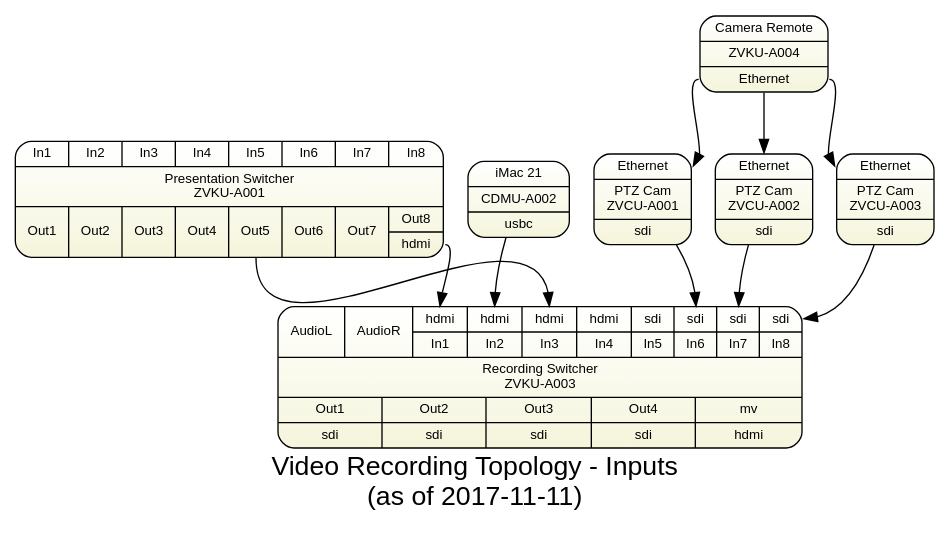
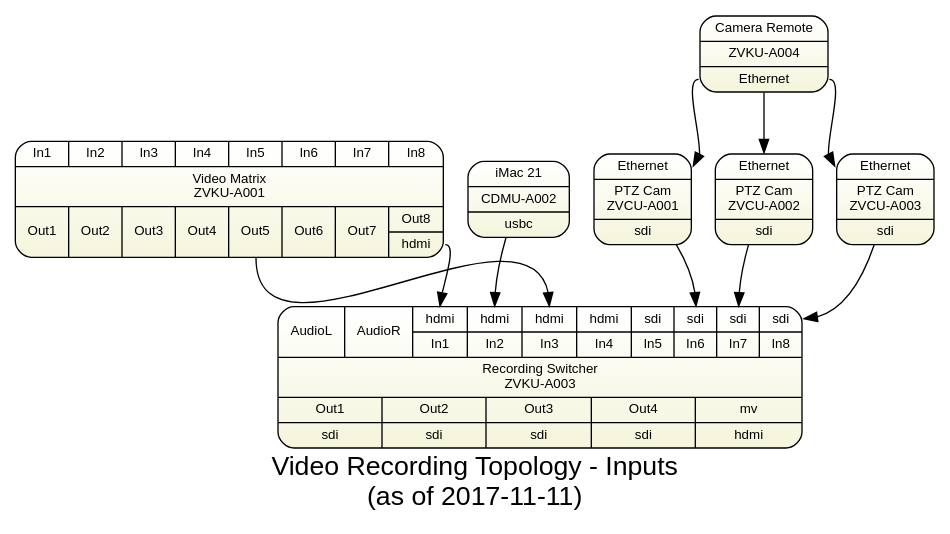
One commit to avmaint/uactechdoc changed the diagram in sdv-topology5-rec-inputs.gv. Above: the diagram before and after it, drawn with Graphviz. The commit also changed 6 other files, not shown here.

Commit message:
global wording change from presentation swithcher to video matrix

```diff
--- a/sdv-topology5-rec-inputs.gv
+++ b/sdv-topology5-rec-inputs.gv
@@ -1,57 +1,57 @@
 digraph recording { 
   
 graph [overlap = true, fontsize = 20, 
       label="Video Recording Topology - Inputs\n(as of 2017-11-11)",
       fontname = Helvetica, bgcolor=white
       ]
  
 node [shape = Mrecord style=filled , fillcolor="white:beige"  , fontsize = 10,
       gradientangle=270 fontname = Helvetica ]
       
 camera1 [label="{<ether>Ethernet|PTZ Cam\nZVCU-A001|sdi}" tooltip="Sony SRG360SHE"]
 camera2 [label="{<ether>Ethernet|PTZ Cam\nZVCU-A002|sdi}" tooltip="Sony SRG360SHE"]
 camera3 [label="{<ether>Ethernet|PTZ Cam\nZVCU-A003|sdi}" tooltip="Sony SRG360SHE"]
 
 cdmua002 [label="{{{iMac 21|CDMU-A002}}|{<usbc1>usbc}}"]
 
 cdmua002 -> rswitch:i2 
  
 rswitch [
   tooltip="BMD ATEM Television Studio Pro HD"
 
   label="{
     {{<al>AudioL}|{<ar>AudioR}|
       {<i1>hdmi|In1}|{<i2>hdmi|In2}|{<i3>hdmi|In3}|{<i4>hdmi|In4}
       |{<i5>sdi|In5}|{<i6>sdi|In6}|{<i7>sdi|In7}|{<i8>sdi|In8}}
       |Recording Switcher\nZVKU-A003|
       {{Out1|<o1>sdi}|{Out2|<o2>sdi}|{Out3|<o3>sdi}|{Out4|<o4>sdi}|{mv|<mv>hdmi}}
     }"
 ]
 
 pswitch [
   tooltip="Kramer VS-88DT"
   label="{
   {
     <i1>In1|<i2>In2|<i3>In3|<i4>In4|<i5>In5| <i6> In6 |<i7>In7|{<i8>In8}}
-  |Presentation Switcher\nZVKU-A001|
+  |Video Matrix\nZVKU-A001|
   {<o1>Out1|<o2>Out2|<o3>Out3|<o4>Out4|<o5>Out5|<o6>Out6 |<o7>Out7|{Out8|<o8>hdmi}} }"]
    
 rmip10 [
   label="{
       Camera Remote|ZVKU-A004 
       |<ether>Ethernet
     }"
   tooltip="Sony RMIP10"
 ]
    
 camera1 -> rswitch:i6 
 camera2 -> rswitch:i7
 camera3 -> rswitch:i8
 
 rmip10:ether -> camera1:ether
 rmip10:ether -> camera2:ether
 rmip10:ether -> camera3:ether
  
 pswitch:o8 -> rswitch:i1
 pswitch:o5 -> rswitch:i3
 } 
```
